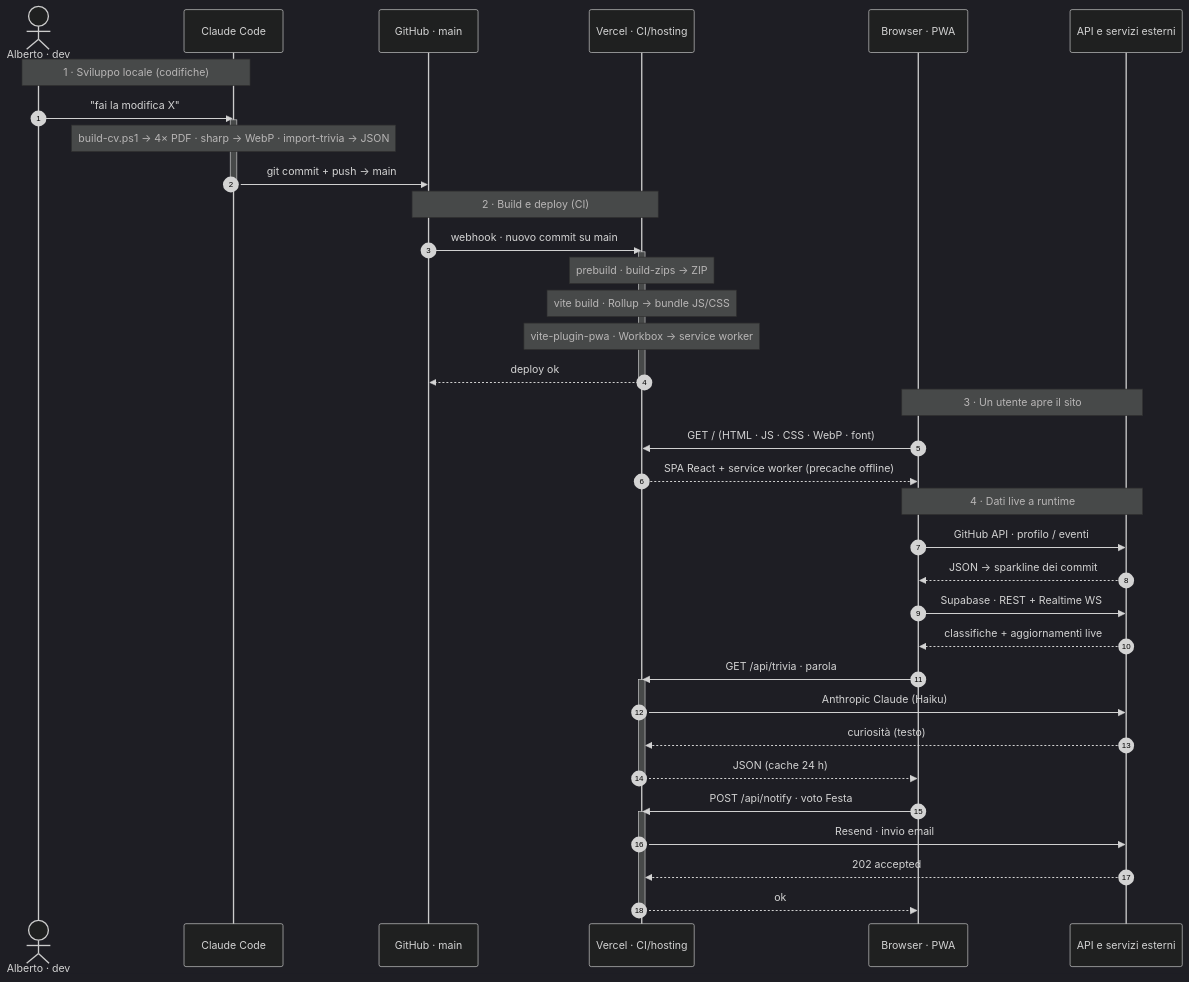
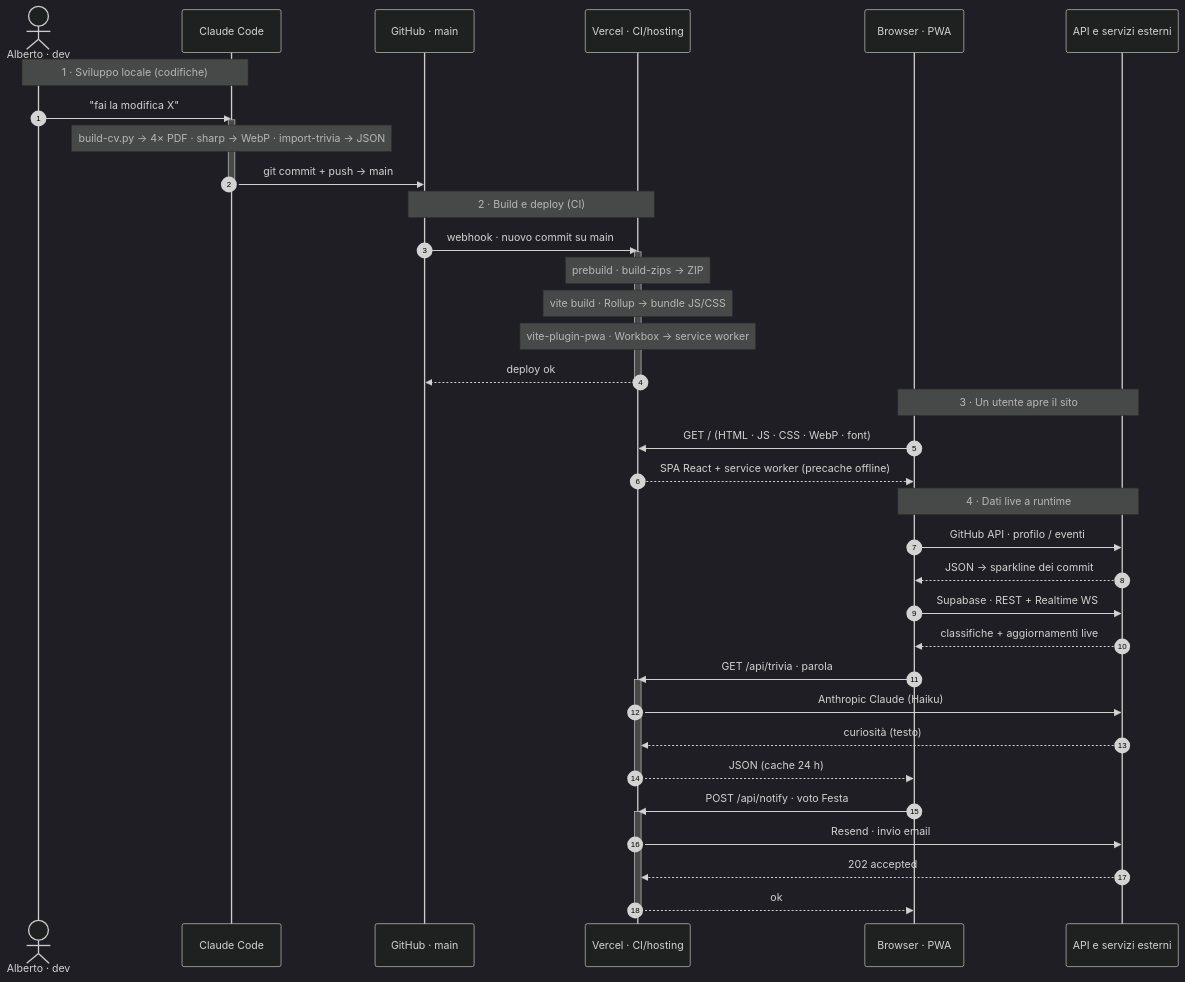
One commit to albertoxpecchini/AP changed the diagram in README.md. Above: the diagram before and after it, drawn with Mermaid (dark theme). The commit also changed 7 other files, not shown here.

````diff
--- a/README.md
+++ b/README.md
@@ -118,48 +118,48 @@
 ```mermaid
 sequenceDiagram
     autonumber
     actor Dev as Alberto · dev
     participant CC as Claude Code
     participant GH as GitHub · main
     participant VC as Vercel · CI/hosting
     participant BR as Browser · PWA
     participant EXT as API e servizi esterni
 
     Note over Dev,CC: 1 · Sviluppo locale (codifiche)
     Dev->>CC: "fai la modifica X"
     activate CC
-    Note over CC: build-cv.ps1 → 4× PDF · sharp → WebP · import-trivia → JSON
+    Note over CC: build-cv.py → 4× PDF · sharp → WebP · import-trivia → JSON
     CC->>GH: git commit + push → main
     deactivate CC
 
     Note over GH,VC: 2 · Build e deploy (CI)
     GH->>VC: webhook · nuovo commit su main
     activate VC
     Note over VC: prebuild · build-zips → ZIP
     Note over VC: vite build · Rollup → bundle JS/CSS
     Note over VC: vite-plugin-pwa · Workbox → service worker
     VC-->>GH: deploy ok
     deactivate VC
 
     Note over BR,EXT: 3 · Un utente apre il sito
     BR->>VC: GET / (HTML · JS · CSS · WebP · font)
     VC-->>BR: SPA React + service worker (precache offline)
 
     Note over BR,EXT: 4 · Dati live a runtime
     BR->>EXT: GitHub API · profilo / eventi
     EXT-->>BR: JSON → sparkline dei commit
     BR->>EXT: Supabase · REST + Realtime WS
     EXT-->>BR: classifiche + aggiornamenti live
     BR->>VC: GET /api/trivia · parola
     activate VC
     VC->>EXT: Anthropic Claude (Haiku)
     EXT-->>VC: curiosità (testo)
     VC-->>BR: JSON (cache 24 h)
     deactivate VC
     BR->>VC: POST /api/notify · voto Festa
     activate VC
     VC->>EXT: Resend · invio email
     EXT-->>VC: 202 accepted
     VC-->>BR: ok
     deactivate VC
 ```
````
